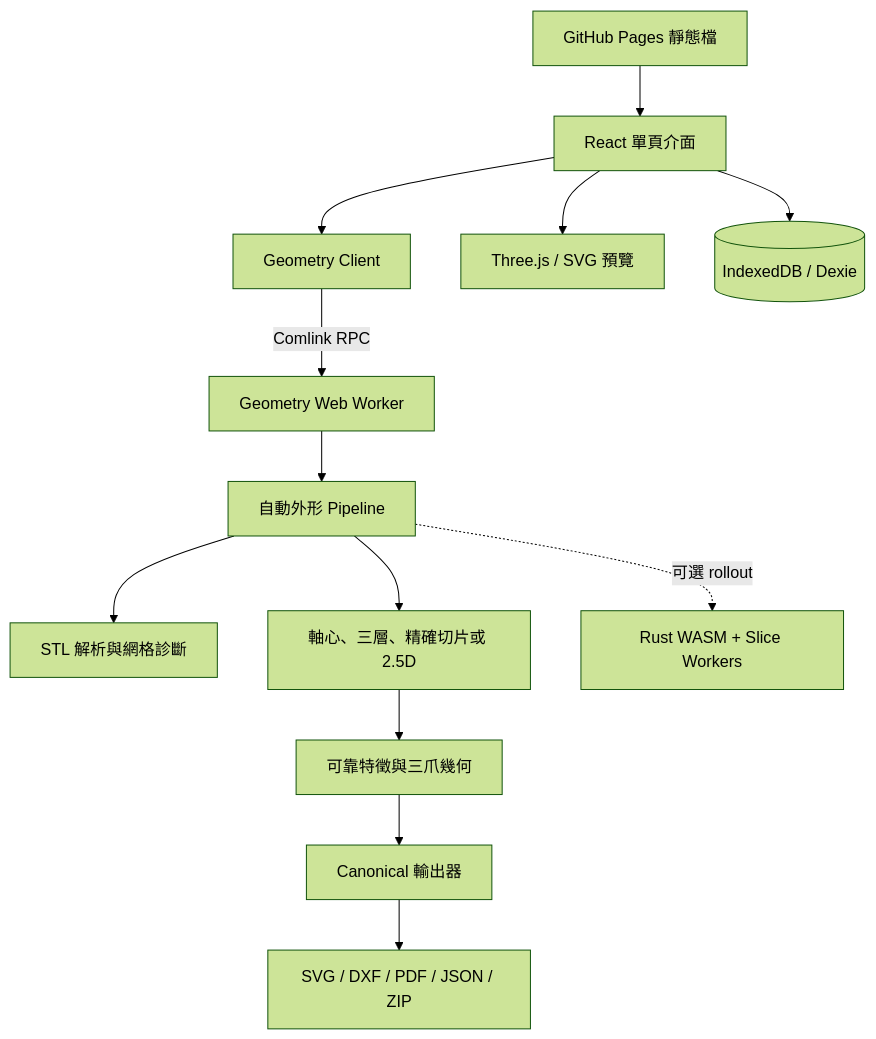
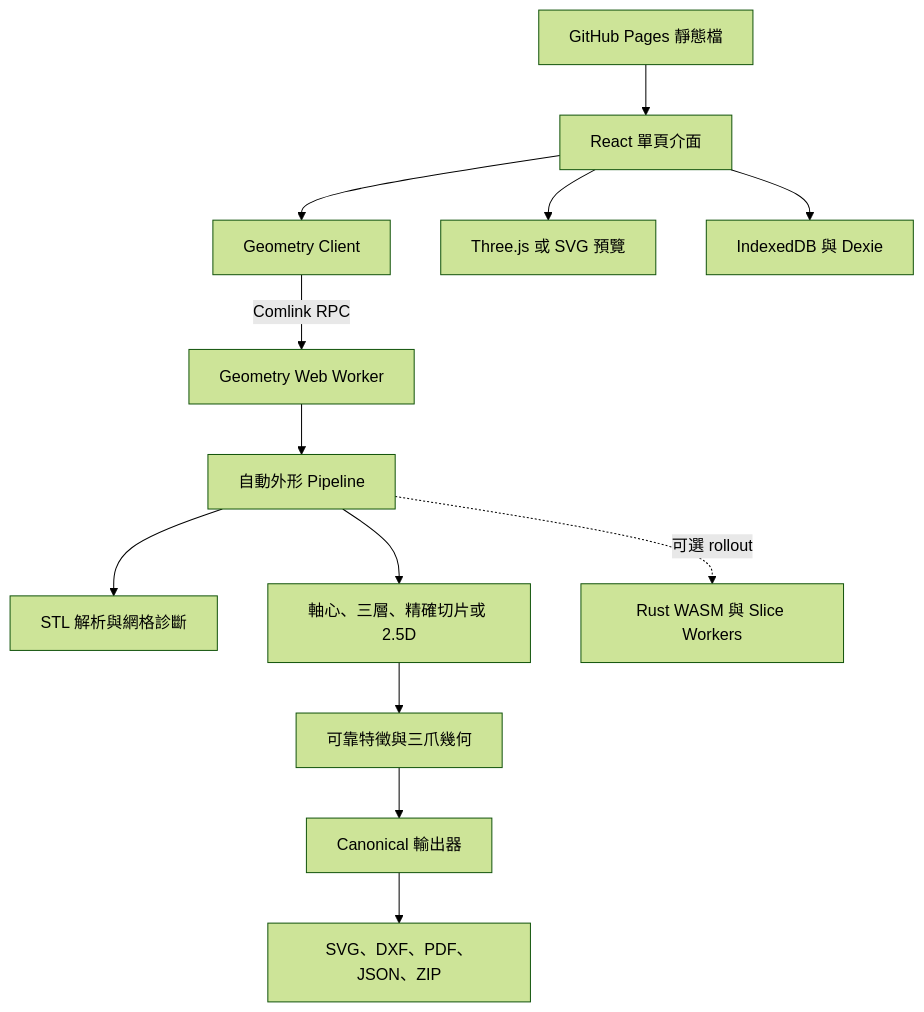
Before and after one commit to YuenHK/ShapeCut: the first of 2 diagrams in README.md, drawn with Mermaid (forest theme). The commit also changed other lines of this file and 1 other file, not shown here.

Commit message:
docs: adopt MIT license and repair architecture diagrams

````diff
--- a/README.md
+++ b/README.md
@@ -65,15 +65,15 @@
 ```mermaid
 flowchart TB
-    UI[React 單頁介面] --> CLIENT[Geometry Client]
-    CLIENT -->|Comlink RPC| WORKER[Geometry Web Worker]
-    WORKER --> PIPELINE[自動外形 Pipeline]
-    PIPELINE --> MESH[STL 解析與網格診斷]
-    PIPELINE --> GEOMETRY[軸心、三層、精確切片或 2.5D]
-    GEOMETRY --> FEATURES[可靠特徵與三爪幾何]
-    FEATURES --> EXPORT[Canonical 輸出器]
-    EXPORT --> FILES[SVG / DXF / PDF / JSON / ZIP]
-    PIPELINE -. 可選 rollout .-> WASM[Rust WASM + Slice Workers]
-    UI --> PREVIEW[Three.js / SVG 預覽]
-    UI --> DB[(IndexedDB / Dexie)]
-    PAGES[GitHub Pages 靜態檔] --> UI
+    UI["React 單頁介面"] --> CLIENT["Geometry Client"]
+    CLIENT -->|"Comlink RPC"| WORKER["Geometry Web Worker"]
+    WORKER --> PIPELINE["自動外形 Pipeline"]
+    PIPELINE --> MESH["STL 解析與網格診斷"]
+    PIPELINE --> GEOMETRY["軸心、三層、精確切片或 2.5D"]
+    GEOMETRY --> FEATURES["可靠特徵與三爪幾何"]
+    FEATURES --> EXPORT["Canonical 輸出器"]
+    EXPORT --> FILES["SVG、DXF、PDF、JSON、ZIP"]
+    PIPELINE -.->|"可選 rollout"| WASM["Rust WASM 與 Slice Workers"]
+    UI --> PRE["Three.js 或 SVG 預覽"]
+    UI --> DB["IndexedDB 與 Dexie"]
+    PAGES["GitHub Pages 靜態檔"] --> UI
 ```
````
